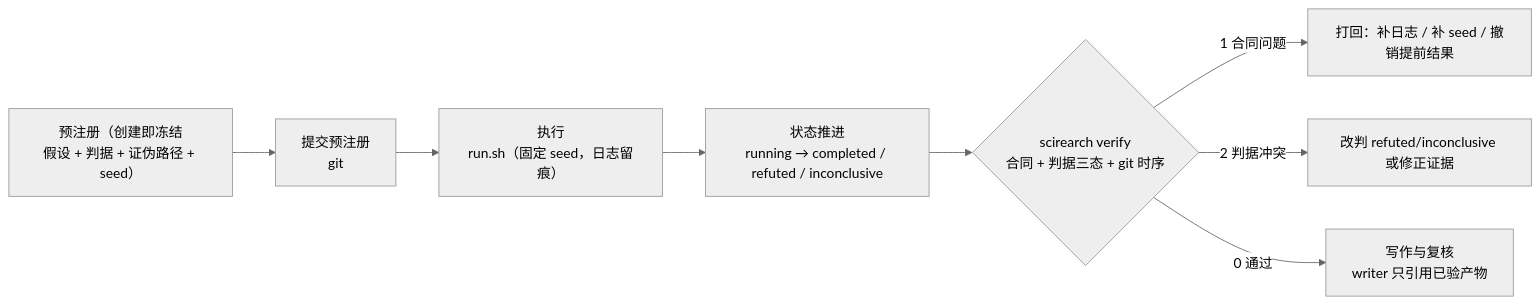
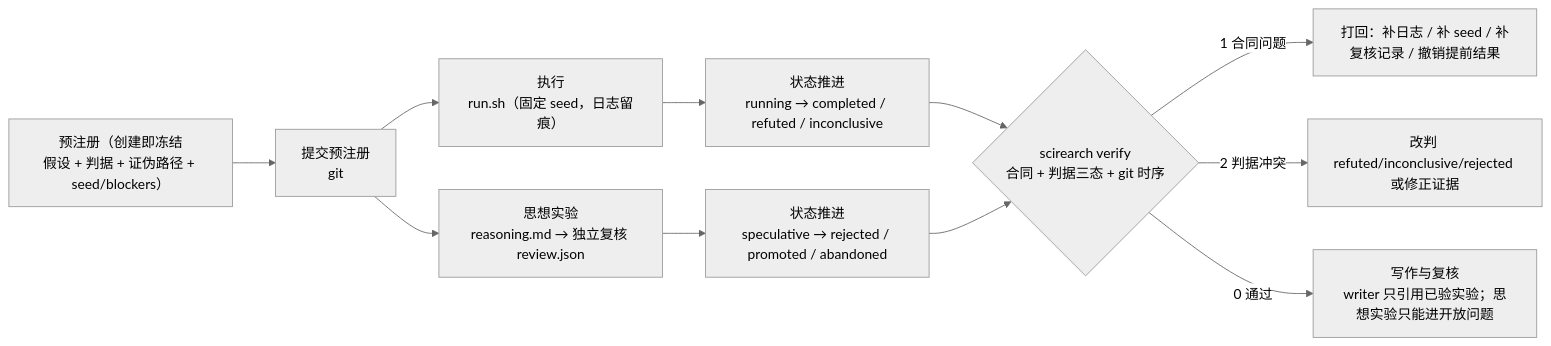
The diagram in README.md (ckyOL/scienceRearch), drawn with Mermaid (neutral theme) before and after one commit. The commit also changed other lines of this file and 15 other files, not shown here.

````diff
--- a/README.md
+++ b/README.md
@@ -89,9 +106,13 @@
 ```mermaid
 flowchart LR
-  P["预注册（创建即冻结<br/>假设 + 判据 + 证伪路径 + seed）"] --> C["提交预注册<br/>git"] --> R["执行<br/>run.sh（固定 seed，日志留痕）"]
+  P["预注册（创建即冻结<br/>假设 + 判据 + 证伪路径 + seed/blockers）"] --> C["提交预注册<br/>git"]
+  C --> R["执行<br/>run.sh（固定 seed，日志留痕）"]
+  C --> T["思想实验<br/>reasoning.md → 独立复核 review.json"]
   R --> S["状态推进<br/>running → completed / refuted / inconclusive"]
+  T --> S2["状态推进<br/>speculative → rejected / promoted / abandoned"]
   S --> V{"scirearch verify<br/>合同 + 判据三态 + git 时序"}
-  V -->|"1 合同问题"| X["打回：补日志 / 补 seed / 撤销提前结果"]
-  V -->|"2 判据冲突"| Y["改判 refuted/inconclusive 或修正证据"]
-  V -->|"0 通过"| W["写作与复核<br/>writer 只引用已验产物"]
+  S2 --> V
+  V -->|"1 合同问题"| X["打回：补日志 / 补 seed / 补复核记录 / 撤销提前结果"]
+  V -->|"2 判据冲突"| Y["改判 refuted/inconclusive/rejected 或修正证据"]
+  V -->|"0 通过"| W["写作与复核<br/>writer 只引用已验实验；思想实验只能进开放问题"]
 ```
````
